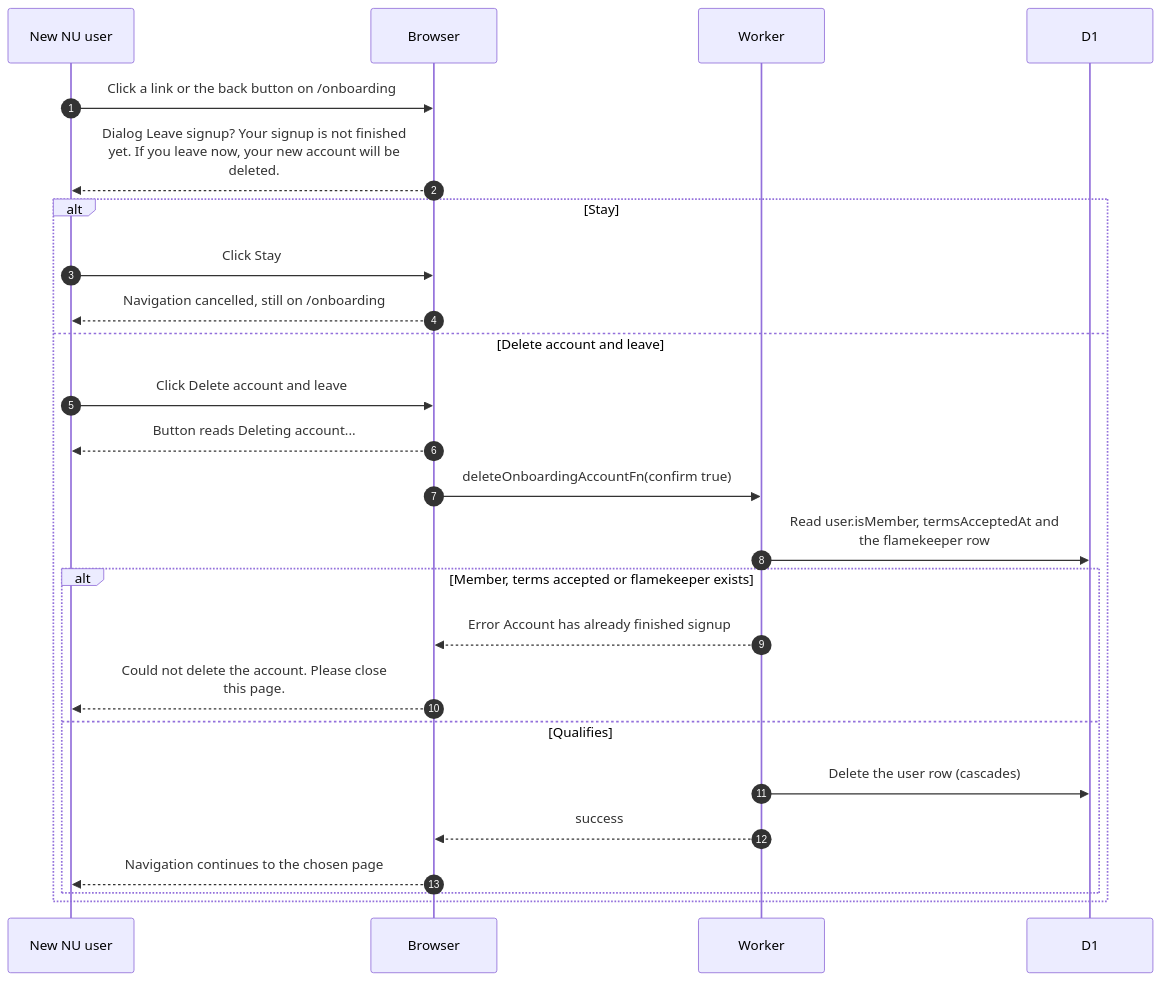
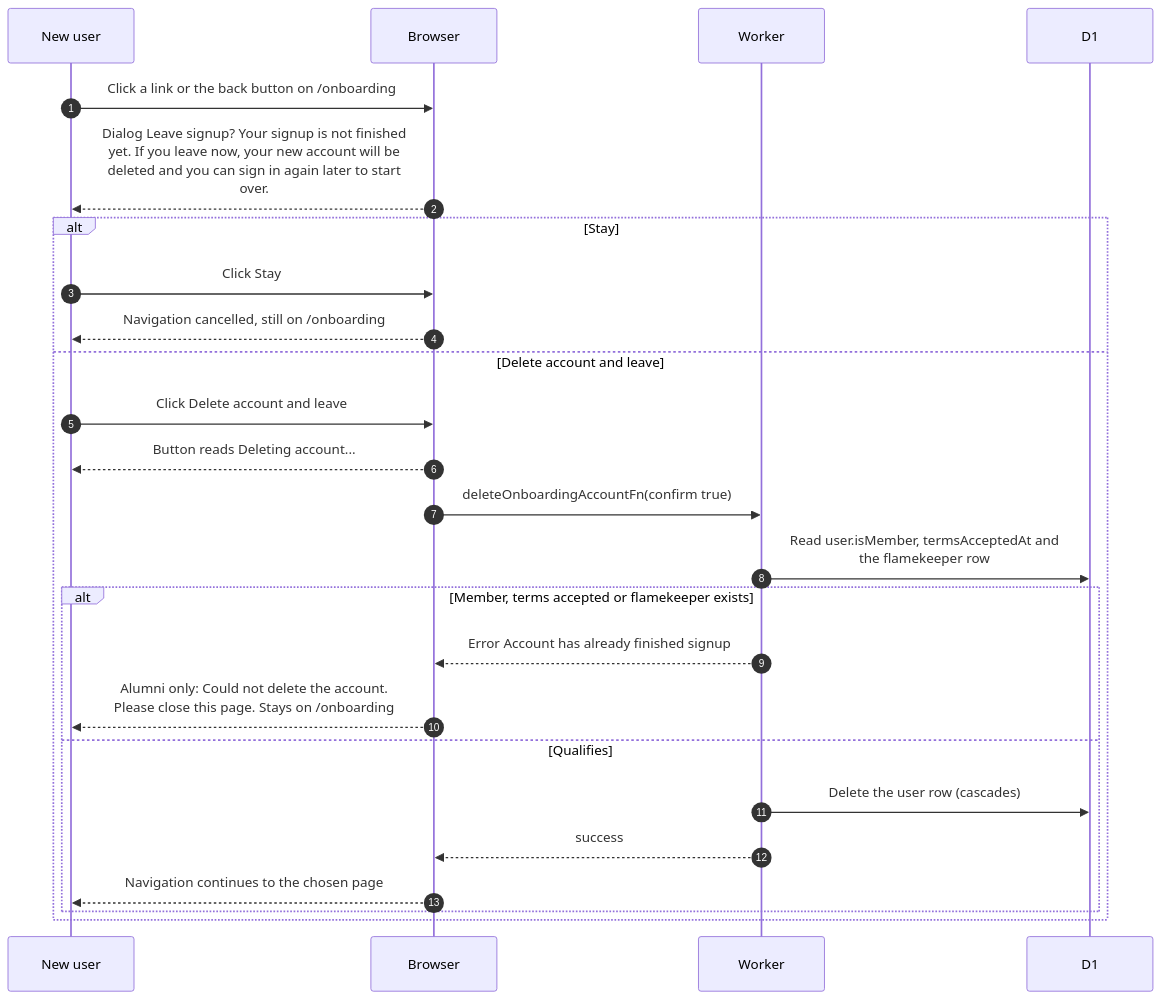
One commit to sagyzdop/meriksirat changed the diagram in docs/scenarios/account/leave-signup.md. Above: the diagram before and after it, drawn with Mermaid. The commit also changed other lines of this file and 12 other files, not shown here.

Commit message:
docs(scenarios): verify account diagrams against the code

````diff
--- a/docs/scenarios/account/leave-signup.md
+++ b/docs/scenarios/account/leave-signup.md
@@ -24,27 +29,27 @@
 ```mermaid
 sequenceDiagram
     autonumber
-    participant P as New NU user
+    participant P as New user
     participant B as Browser
     participant W as Worker
     participant D as D1
     P->>B: Click a link or the back button on /onboarding
-    B-->>P: Dialog Leave signup? Your signup is not finished<br/>yet. If you leave now, your new account will be<br/>deleted.
+    B-->>P: Dialog Leave signup? Your signup is not finished<br/>yet. If you leave now, your new account will be<br/>deleted and you can sign in again later to start<br/>over.
     alt Stay
         P->>B: Click Stay
         B-->>P: Navigation cancelled, still on /onboarding
     else Delete account and leave
         P->>B: Click Delete account and leave
         B-->>P: Button reads Deleting account...
         B->>W: deleteOnboardingAccountFn(confirm true)
         W->>D: Read user.isMember, termsAcceptedAt and<br/>the flamekeeper row
         alt Member, terms accepted or flamekeeper exists
             W-->>B: Error Account has already finished signup
-            B-->>P: Could not delete the account. Please close<br/>this page.
+            B-->>P: Alumni only: Could not delete the account.<br/>Please close this page. Stays on /onboarding
         else Qualifies
             W->>D: Delete the user row (cascades)
             W-->>B: success
             B-->>P: Navigation continues to the chosen page
         end
     end
 ```
````
